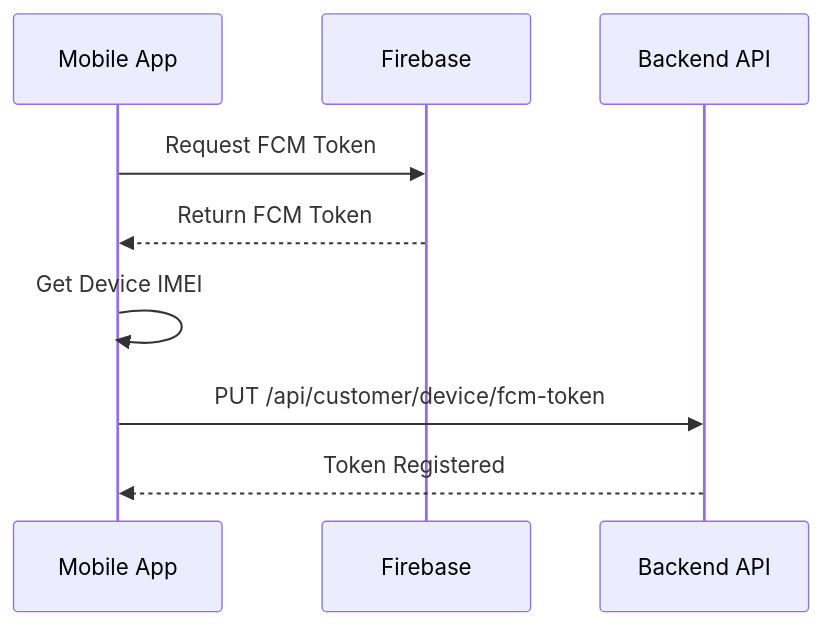
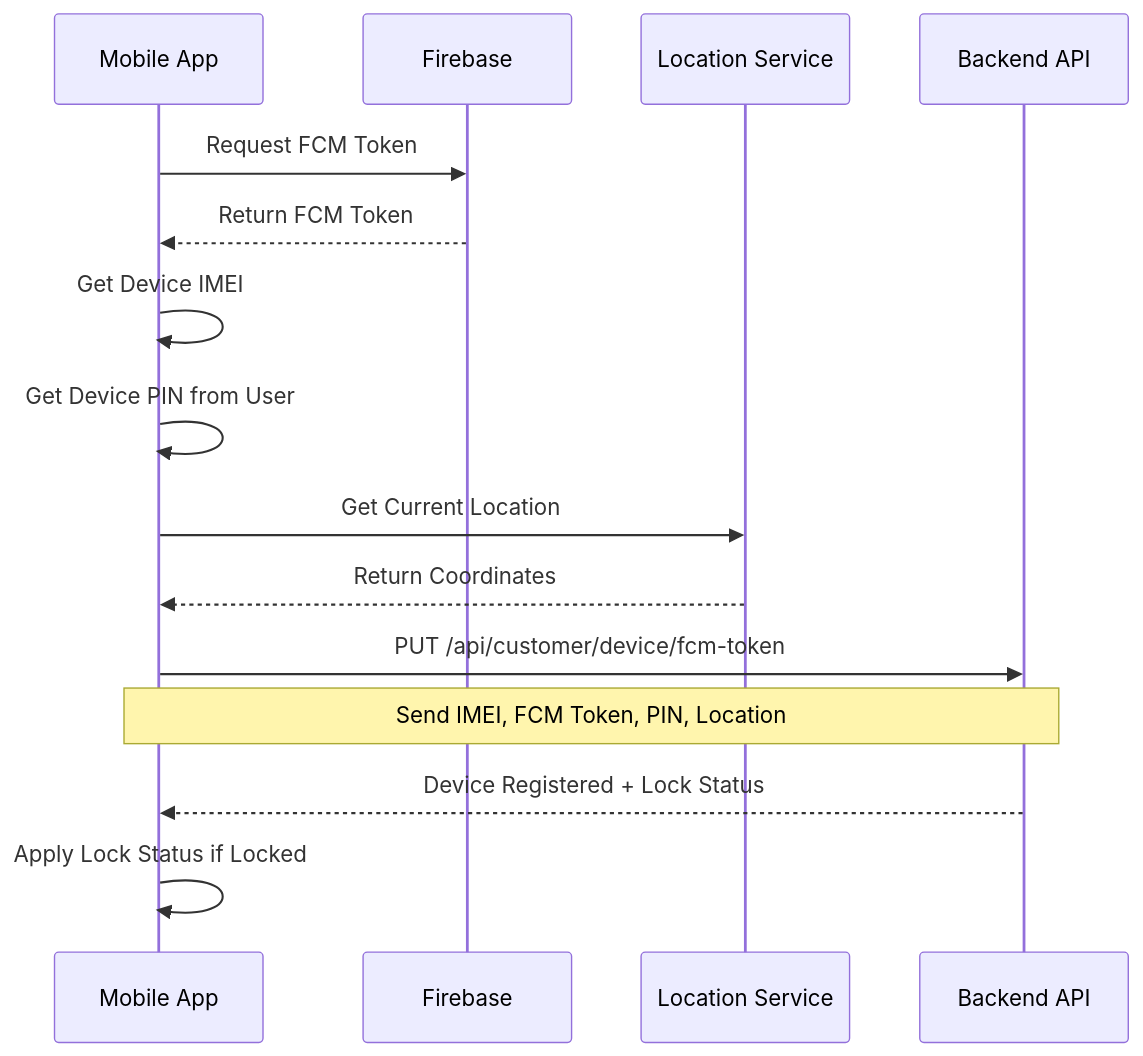
Before and after one commit to DivyaP1063/Emi-backend: the first of 3 diagrams in CUSTOMER_DEVICE_API_DOCUMENTATION.md, drawn with Mermaid. The commit also changed other lines of this file and 3 other files, not shown here.

Commit message:
location, pin and periodic location update api

````diff
--- a/CUSTOMER_DEVICE_API_DOCUMENTATION.md
+++ b/CUSTOMER_DEVICE_API_DOCUMENTATION.md
@@ -321,12 +546,18 @@
 ```mermaid
 sequenceDiagram
     participant App as Mobile App
     participant FCM as Firebase
+    participant GPS as Location Service
     participant API as Backend API
 
     App->>FCM: Request FCM Token
     FCM-->>App: Return FCM Token
     App->>App: Get Device IMEI
+    App->>App: Get Device PIN from User
+    App->>GPS: Get Current Location
+    GPS-->>App: Return Coordinates
     App->>API: PUT /api/customer/device/fcm-token
-    API-->>App: Token Registered
+    Note over App,API: Send IMEI, FCM Token, PIN, Location
+    API-->>App: Device Registered + Lock Status
+    App->>App: Apply Lock Status if Locked
 ```
````
